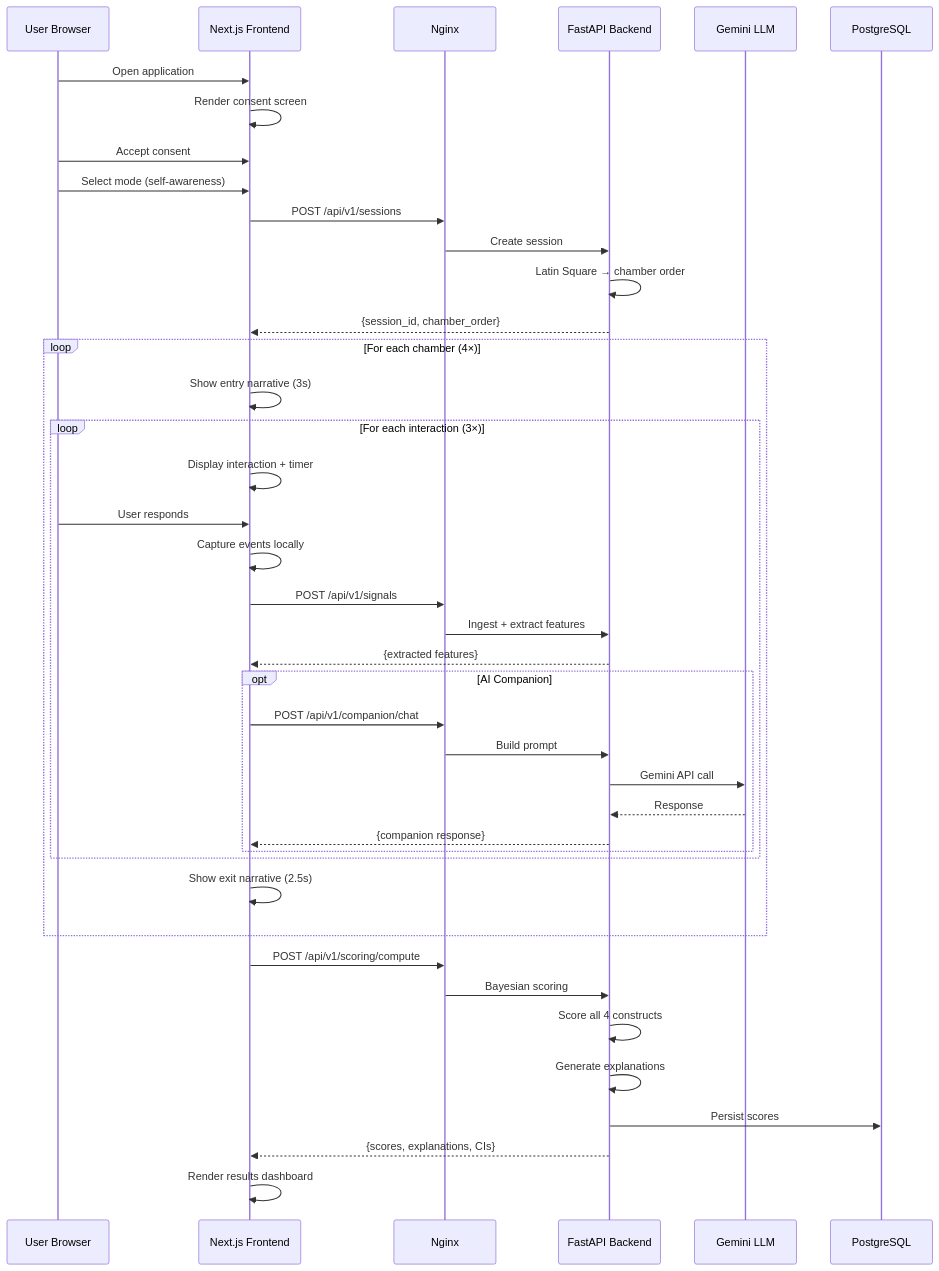
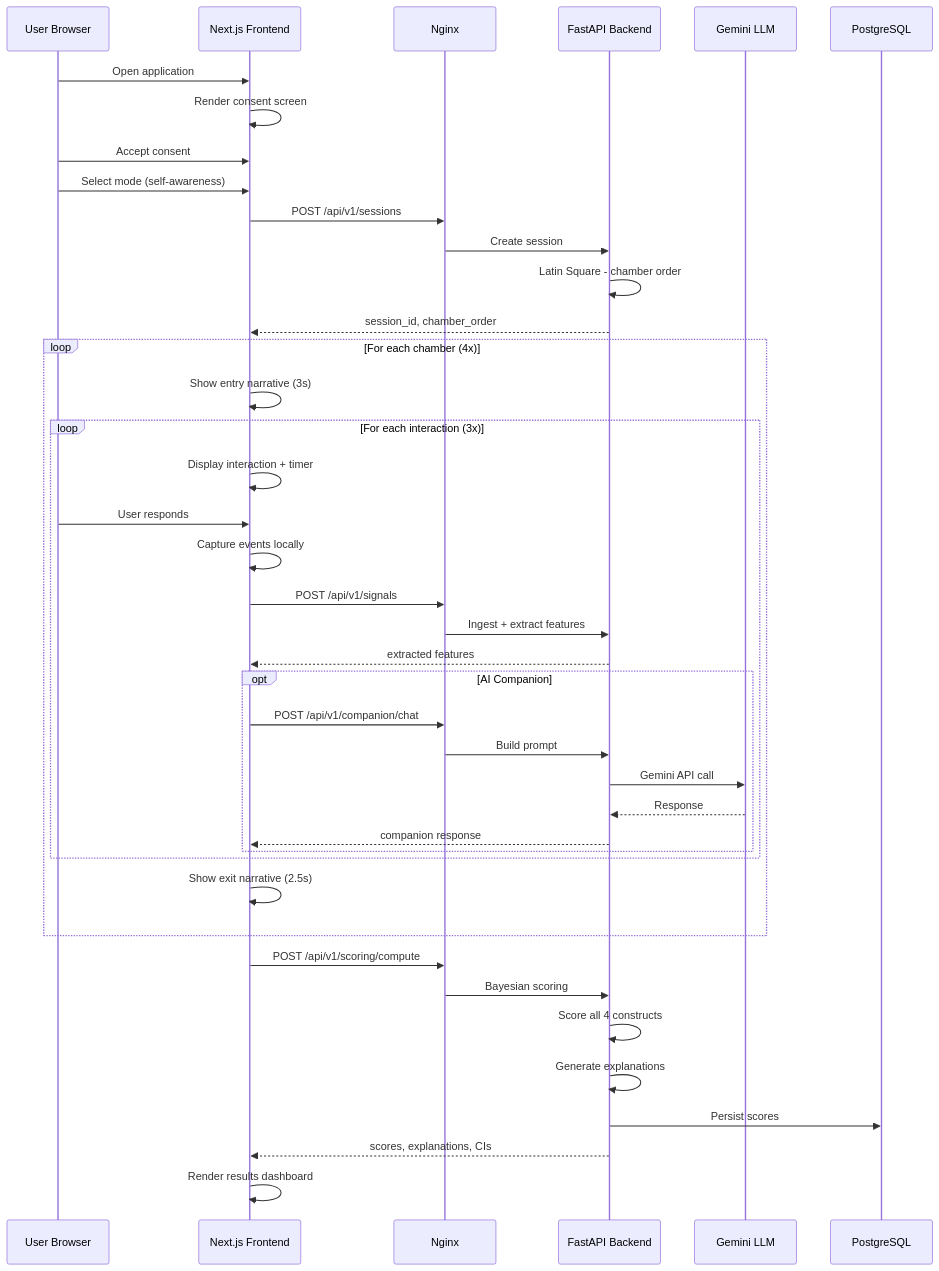
One commit to Het-Shah21/AI-PSYCHOMETRIC-ASSESSMENT-PROJECT changed the second of 3 diagrams in docs/ARCHITECTURE.md. Above: the diagram before and after it, drawn with Mermaid. The commit also changed other lines of this file, not shown here.

Commit message:
fix: ARCHITECTURE.md - correct indicator count (34), fix Mermaid syntax, add tech stack table and scoring pipeline diagram

````diff
--- a/docs/ARCHITECTURE.md
+++ b/docs/ARCHITECTURE.md
@@ -80,49 +84,49 @@
 ```mermaid
 sequenceDiagram
     participant U as User Browser
     participant F as Next.js Frontend
     participant N as Nginx
     participant A as FastAPI Backend
     participant L as Gemini LLM
     participant D as PostgreSQL
     
     U->>F: Open application
     F->>F: Render consent screen
     U->>F: Accept consent
     U->>F: Select mode (self-awareness)
     F->>N: POST /api/v1/sessions
     N->>A: Create session
-    A->>A: Latin Square → chamber order
-    A-->>F: {session_id, chamber_order}
+    A->>A: Latin Square - chamber order
+    A-->>F: session_id, chamber_order
     
-    loop For each chamber (4×)
+    loop For each chamber (4x)
         F->>F: Show entry narrative (3s)
         
-        loop For each interaction (3×)
+        loop For each interaction (3x)
             F->>F: Display interaction + timer
             U->>F: User responds
             F->>F: Capture events locally
             F->>N: POST /api/v1/signals
             N->>A: Ingest + extract features
-            A-->>F: {extracted features}
+            A-->>F: extracted features
             
             opt AI Companion
                 F->>N: POST /api/v1/companion/chat
                 N->>A: Build prompt
                 A->>L: Gemini API call
                 L-->>A: Response
-                A-->>F: {companion response}
+                A-->>F: companion response
             end
         end
         
         F->>F: Show exit narrative (2.5s)
     end
     
     F->>N: POST /api/v1/scoring/compute
     N->>A: Bayesian scoring
     A->>A: Score all 4 constructs
     A->>A: Generate explanations
     A->>D: Persist scores
-    A-->>F: {scores, explanations, CIs}
+    A-->>F: scores, explanations, CIs
     F->>F: Render results dashboard
 ```
````
